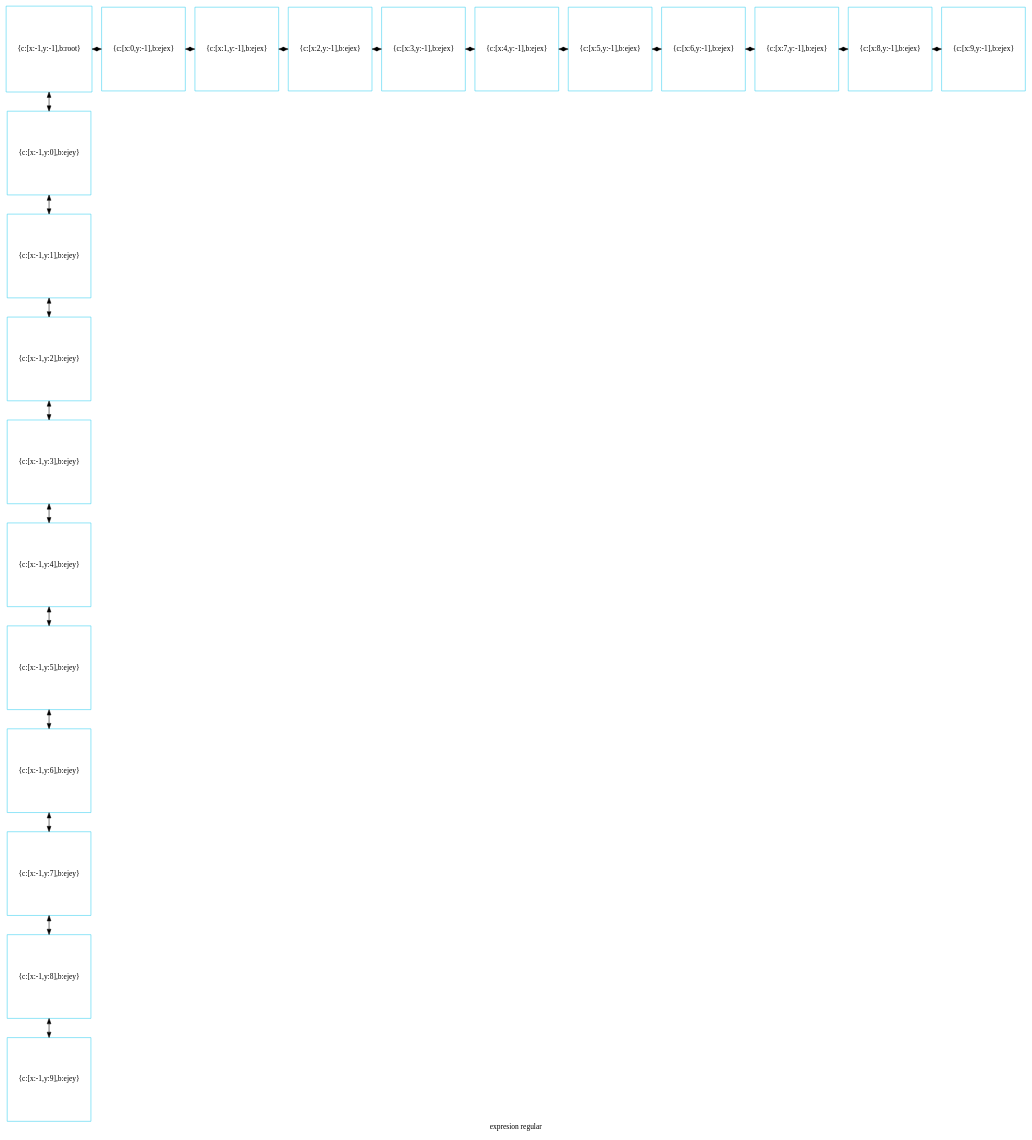
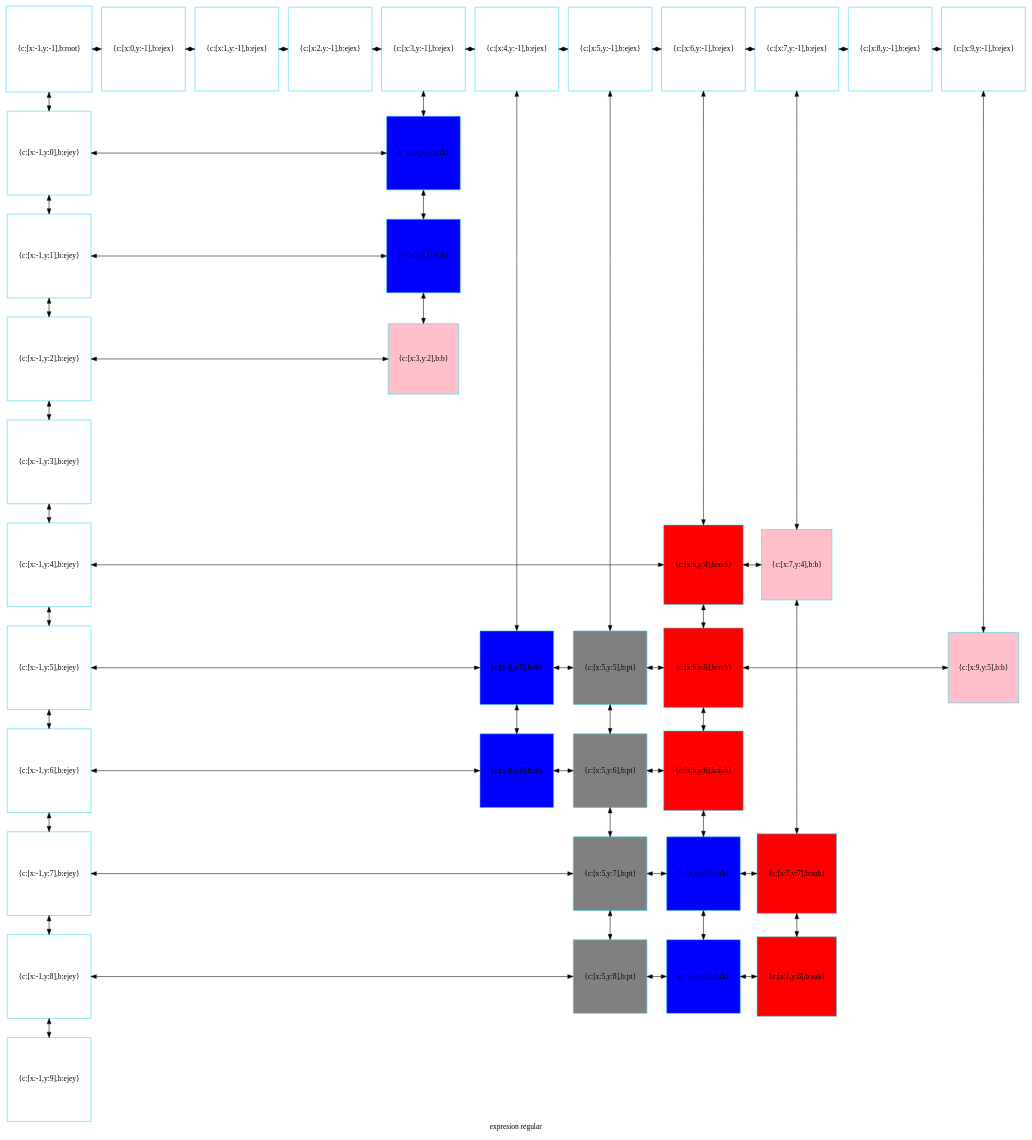
The diagram in compu.dot (betebetoven/EDDS2F2), drawn with Graphviz before and after one commit. The commit also changed 41 other files, not shown here.

```diff
--- a/compu.dot
+++ b/compu.dot
@@ -1,61 +1,115 @@
 digraph G
 {label="expresion regular"
         node[shape = square]
         node[style = filled]
         node[fillcolor = "#EEEEE"]
         node[color = "#EEEEE"]
         node[color = "#31CEF0"]
 
-1731289409248[label="{c:[x:-1,y:-1],b:root}",fillcolor = "white"]
-1731289409632[label="{c:[x:0,y:-1],b:ejex}",fillcolor = "white"]
-1731289409344[label="{c:[x:1,y:-1],b:ejex}",fillcolor = "white"]
-1731289410544[label="{c:[x:2,y:-1],b:ejex}",fillcolor = "white"]
-1731289409776[label="{c:[x:3,y:-1],b:ejex}",fillcolor = "white"]
-1731289410688[label="{c:[x:4,y:-1],b:ejex}",fillcolor = "white"]
-1731289410832[label="{c:[x:5,y:-1],b:ejex}",fillcolor = "white"]
-1731289410976[label="{c:[x:6,y:-1],b:ejex}",fillcolor = "white"]
-1731289411120[label="{c:[x:7,y:-1],b:ejex}",fillcolor = "white"]
-1731289411264[label="{c:[x:8,y:-1],b:ejex}",fillcolor = "white"]
-1731289411408[label="{c:[x:9,y:-1],b:ejex}",fillcolor = "white"]
-1731289411552[label="{c:[x:-1,y:0],b:ejey}",fillcolor = "white"]
-1731289411696[label="{c:[x:-1,y:1],b:ejey}",fillcolor = "white"]
-1731289411840[label="{c:[x:-1,y:2],b:ejey}",fillcolor = "white"]
-1731289411984[label="{c:[x:-1,y:3],b:ejey}",fillcolor = "white"]
-1731289412128[label="{c:[x:-1,y:4],b:ejey}",fillcolor = "white"]
-1731289412272[label="{c:[x:-1,y:5],b:ejey}",fillcolor = "white"]
-1731289412416[label="{c:[x:-1,y:6],b:ejey}",fillcolor = "white"]
-1731289412560[label="{c:[x:-1,y:7],b:ejey}",fillcolor = "white"]
-1731289412704[label="{c:[x:-1,y:8],b:ejey}",fillcolor = "white"]
-1731289412848[label="{c:[x:-1,y:9],b:ejey}",fillcolor = "white"]
-1731289409248->1731289411552[dir = both];
-1731289411552->1731289411696[dir = both];
-1731289411696->1731289411840[dir = both];
-1731289411840->1731289411984[dir = both];
-1731289411984->1731289412128[dir = both];
-1731289412128->1731289412272[dir = both];
-1731289412272->1731289412416[dir = both];
-1731289412416->1731289412560[dir = both];
-1731289412560->1731289412704[dir = both];
-1731289412704->1731289412848[dir = both];
-1731289409248->1731289409632[dir = both];
-1731289409632->1731289409344[dir = both];
-1731289409344->1731289410544[dir = both];
-1731289410544->1731289409776[dir = both];
-1731289409776->1731289410688[dir = both];
-1731289410688->1731289410832[dir = both];
-1731289410832->1731289410976[dir = both];
-1731289410976->1731289411120[dir = both];
-1731289411120->1731289411264[dir = both];
-1731289411264->1731289411408[dir = both];
- {rank=same; 1731289409248;1731289409632;1731289409344;1731289410544;1731289409776;1731289410688;1731289410832;1731289410976;1731289411120;1731289411264;1731289411408;}
- {rank=same; 1731289411552;}
- {rank=same; 1731289411696;}
- {rank=same; 1731289411840;}
- {rank=same; 1731289411984;}
- {rank=same; 1731289412128;}
- {rank=same; 1731289412272;}
- {rank=same; 1731289412416;}
- {rank=same; 1731289412560;}
- {rank=same; 1731289412704;}
- {rank=same; 1731289412848;}
+1654816002288[label="{c:[x:-1,y:-1],b:root}",fillcolor = "white"]
+1654816001424[label="{c:[x:0,y:-1],b:ejex}",fillcolor = "white"]
+1654816001520[label="{c:[x:1,y:-1],b:ejex}",fillcolor = "white"]
+1654816002432[label="{c:[x:2,y:-1],b:ejex}",fillcolor = "white"]
+1654816001664[label="{c:[x:3,y:-1],b:ejex}",fillcolor = "white"]
+1654816002576[label="{c:[x:4,y:-1],b:ejex}",fillcolor = "white"]
+1654816002720[label="{c:[x:5,y:-1],b:ejex}",fillcolor = "white"]
+1654816002864[label="{c:[x:6,y:-1],b:ejex}",fillcolor = "white"]
+1654816003008[label="{c:[x:7,y:-1],b:ejex}",fillcolor = "white"]
+1654816003152[label="{c:[x:8,y:-1],b:ejex}",fillcolor = "white"]
+1654816003296[label="{c:[x:9,y:-1],b:ejex}",fillcolor = "white"]
+1654816003440[label="{c:[x:-1,y:0],b:ejey}",fillcolor = "white"]
+1654816008336[label="{c:[x:3,y:0],b:dt}",fillcolor = "blue"]
+1654816003584[label="{c:[x:-1,y:1],b:ejey}",fillcolor = "white"]
+1654816008672[label="{c:[x:3,y:1],b:dt}",fillcolor = "blue"]
+1654816003728[label="{c:[x:-1,y:2],b:ejey}",fillcolor = "white"]
+1654816010352[label="{c:[x:3,y:2],b:b}",fillcolor = "pink"]
+1654816003872[label="{c:[x:-1,y:3],b:ejey}",fillcolor = "white"]
+1654816004016[label="{c:[x:-1,y:4],b:ejey}",fillcolor = "white"]
+1654816006320[label="{c:[x:6,y:4],b:sub}",fillcolor = "red"]
+1654816011408[label="{c:[x:7,y:4],b:b}",fillcolor = "pink"]
+1654816004160[label="{c:[x:-1,y:5],b:ejey}",fillcolor = "white"]
+1654816009008[label="{c:[x:4,y:5],b:dt}",fillcolor = "blue"]
+1654816005216[label="{c:[x:5,y:5],b:pt}",fillcolor = "gray"]
+1654816006656[label="{c:[x:6,y:5],b:sub}",fillcolor = "red"]
+1654816011024[label="{c:[x:9,y:5],b:b}",fillcolor = "pink"]
+1654816004304[label="{c:[x:-1,y:6],b:ejey}",fillcolor = "white"]
+1654816009344[label="{c:[x:4,y:6],b:dt}",fillcolor = "blue"]
+1654816005312[label="{c:[x:5,y:6],b:pt}",fillcolor = "gray"]
+1654816006992[label="{c:[x:6,y:6],b:sub}",fillcolor = "red"]
+1654816004448[label="{c:[x:-1,y:7],b:ejey}",fillcolor = "white"]
+1654816005072[label="{c:[x:5,y:7],b:pt}",fillcolor = "gray"]
+1654816009680[label="{c:[x:6,y:7],b:dt}",fillcolor = "blue"]
+1654816007328[label="{c:[x:7,y:7],b:sub}",fillcolor = "red"]
+1654816004592[label="{c:[x:-1,y:8],b:ejey}",fillcolor = "white"]
+1654816005984[label="{c:[x:5,y:8],b:pt}",fillcolor = "gray"]
+1654816010016[label="{c:[x:6,y:8],b:dt}",fillcolor = "blue"]
+1654816007664[label="{c:[x:7,y:8],b:sub}",fillcolor = "red"]
+1654816004736[label="{c:[x:-1,y:9],b:ejey}",fillcolor = "white"]
+1654816002288->1654816003440[dir = both];
+1654816003440->1654816003584[dir = both];
+1654816003584->1654816003728[dir = both];
+1654816003728->1654816003872[dir = both];
+1654816003872->1654816004016[dir = both];
+1654816004016->1654816004160[dir = both];
+1654816004160->1654816004304[dir = both];
+1654816004304->1654816004448[dir = both];
+1654816004448->1654816004592[dir = both];
+1654816004592->1654816004736[dir = both];
+1654816001664->1654816008336[dir = both];
+1654816008336->1654816008672[dir = both];
+1654816008672->1654816010352[dir = both];
+1654816002576->1654816009008[dir = both];
+1654816009008->1654816009344[dir = both];
+1654816002720->1654816005216[dir = both];
+1654816005216->1654816005312[dir = both];
+1654816005312->1654816005072[dir = both];
+1654816005072->1654816005984[dir = both];
+1654816002864->1654816006320[dir = both];
+1654816006320->1654816006656[dir = both];
+1654816006656->1654816006992[dir = both];
+1654816006992->1654816009680[dir = both];
+1654816009680->1654816010016[dir = both];
+1654816003008->1654816011408[dir = both];
+1654816011408->1654816007328[dir = both];
+1654816007328->1654816007664[dir = both];
+1654816003296->1654816011024[dir = both];
+1654816002288->1654816001424[dir = both];
+1654816001424->1654816001520[dir = both];
+1654816001520->1654816002432[dir = both];
+1654816002432->1654816001664[dir = both];
+1654816001664->1654816002576[dir = both];
+1654816002576->1654816002720[dir = both];
+1654816002720->1654816002864[dir = both];
+1654816002864->1654816003008[dir = both];
+1654816003008->1654816003152[dir = both];
+1654816003152->1654816003296[dir = both];
+1654816003440->1654816008336[constraint=false,dir = both];
+1654816003584->1654816008672[constraint=false,dir = both];
+1654816003728->1654816010352[constraint=false,dir = both];
+1654816004016->1654816006320[constraint=false,dir = both];
+1654816006320->1654816011408[constraint=false,dir = both];
+1654816004160->1654816009008[constraint=false,dir = both];
+1654816009008->1654816005216[constraint=false,dir = both];
+1654816005216->1654816006656[constraint=false,dir = both];
+1654816006656->1654816011024[constraint=false,dir = both];
+1654816004304->1654816009344[constraint=false,dir = both];
+1654816009344->1654816005312[constraint=false,dir = both];
+1654816005312->1654816006992[constraint=false,dir = both];
+1654816004448->1654816005072[constraint=false,dir = both];
+1654816005072->1654816009680[constraint=false,dir = both];
+1654816009680->1654816007328[constraint=false,dir = both];
+1654816004592->1654816005984[constraint=false,dir = both];
+1654816005984->1654816010016[constraint=false,dir = both];
+1654816010016->1654816007664[constraint=false,dir = both];
+ {rank=same; 1654816002288;1654816001424;1654816001520;1654816002432;1654816001664;1654816002576;1654816002720;1654816002864;1654816003008;1654816003152;1654816003296;}
+ {rank=same; 1654816003440;1654816008336;}
+ {rank=same; 1654816003584;1654816008672;}
+ {rank=same; 1654816003728;1654816010352;}
+ {rank=same; 1654816003872;}
+ {rank=same; 1654816004016;1654816006320;1654816011408;}
+ {rank=same; 1654816004160;1654816009008;1654816005216;1654816006656;1654816011024;}
+ {rank=same; 1654816004304;1654816009344;1654816005312;1654816006992;}
+ {rank=same; 1654816004448;1654816005072;1654816009680;1654816007328;}
+ {rank=same; 1654816004592;1654816005984;1654816010016;1654816007664;}
+ {rank=same; 1654816004736;}
 }
```
